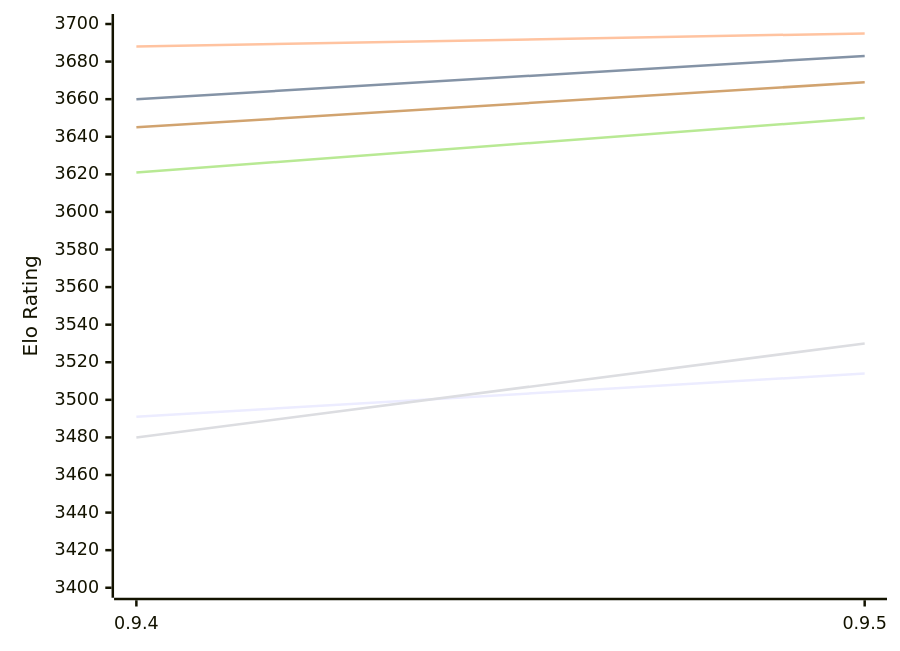
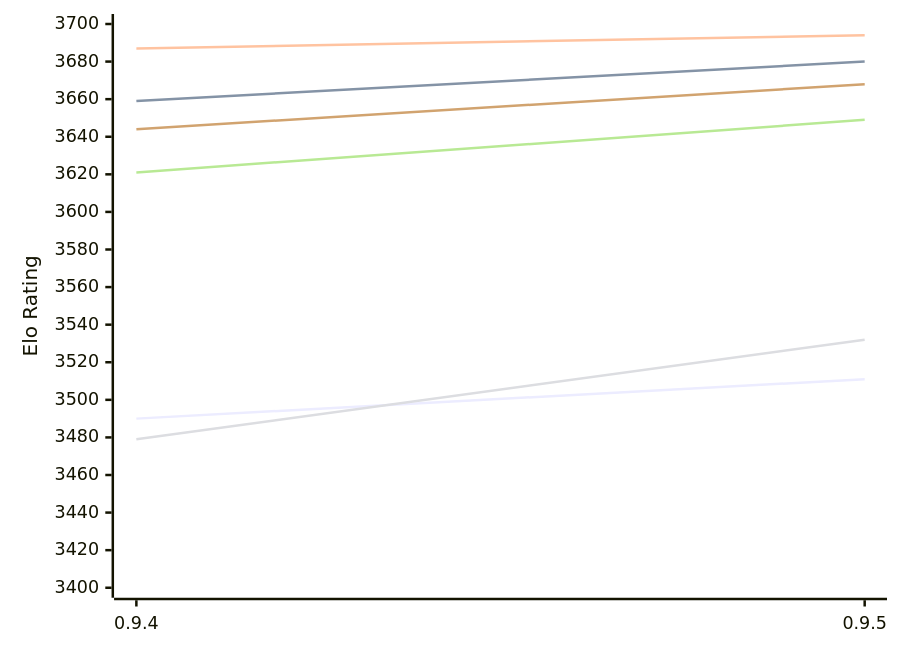
One commit to computer-chess-index/cci changed the first of 2 diagrams in engines/Coda.md. Above: the diagram before and after it, drawn with Mermaid. The commit also changed other lines of this file, not shown here.

Commit message:
Update CCI Ratings (ELO VLTC) - 2026-11-27

````diff
--- a/engines/Coda.md
+++ b/engines/Coda.md
@@ -52,12 +52,12 @@
 ```mermaid
 %%{init: {"theme":"base","themeVariables":{"seriesColors:['#a3a3a3','#222221','#faa371']}}}%%
 xychart-beta
   x-axis ["0.9.4", "0.9.5"]
   y-axis "Elo Rating" 3400 --> 3700
-  line "E1: STC (8.0+0.08s)" [3491, 3514]
-  line "E1: LTC (60.0+0.60s)" [3660, 3683]
-  line "E1: VLTC (2m24s+1.12s)" [3688, 3695]
-  line "P1: STC (8.0+0.08s)" [3480, 3530]
-  line "P1: LTC (60.0+0.60s)" [3621, 3650]
-  line "P1: VLTC (2m24s+1.12s)" [3645, 3669]
+  line "E1: STC (8.0+0.08s)" [3490, 3511]
+  line "E1: LTC (60.0+0.60s)" [3659, 3680]
+  line "E1: VLTC (2m24s+1.12s)" [3687, 3694]
+  line "P1: STC (8.0+0.08s)" [3479, 3532]
+  line "P1: LTC (60.0+0.60s)" [3621, 3649]
+  line "P1: VLTC (2m24s+1.12s)" [3644, 3668]
 ```
````
